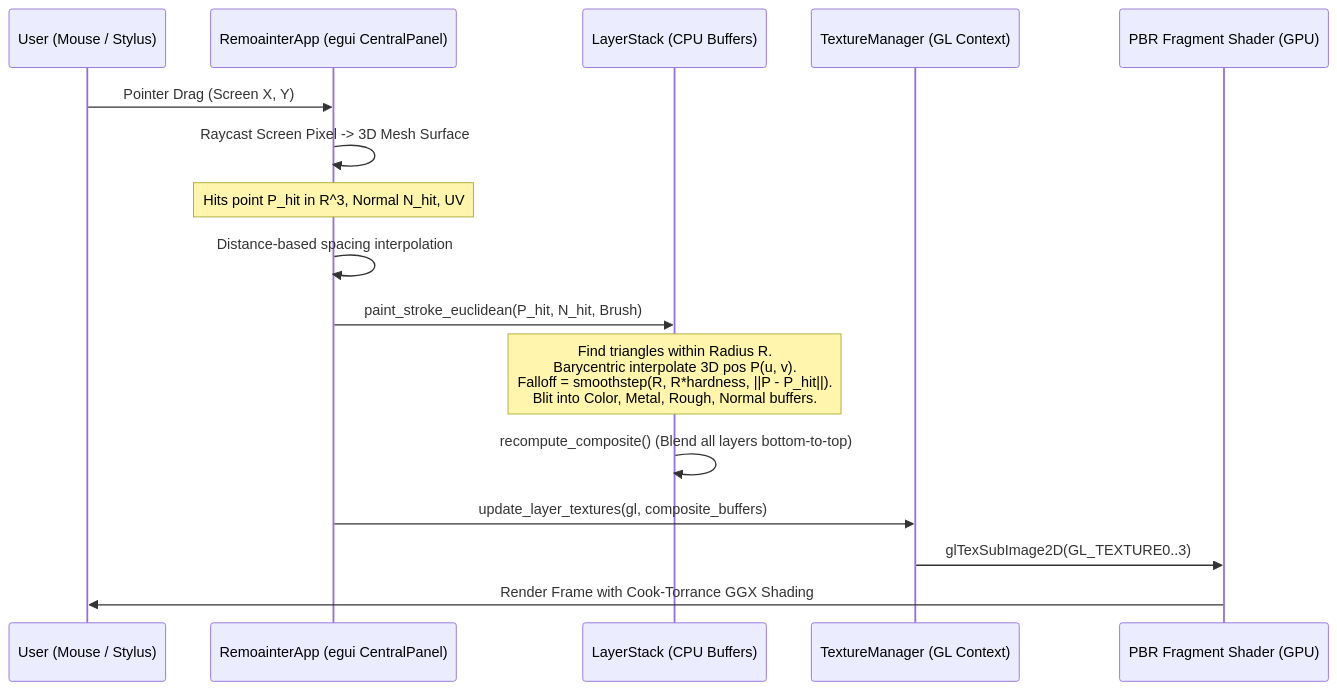
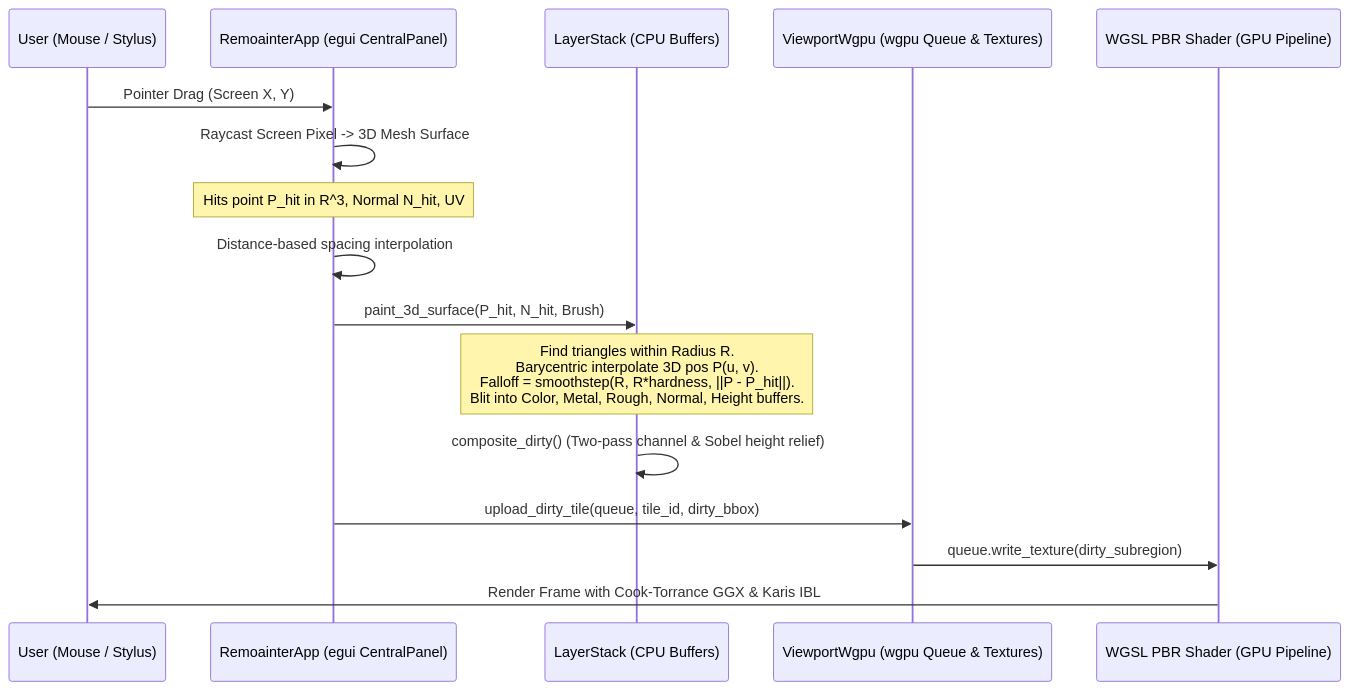
One commit to SAIRAMSSSS/REMoAINTER changed the second of 4 diagrams in docs/ARCHITECTURE.md. Above: the diagram before and after it, drawn with Mermaid. The commit also changed other lines of this file and 11 other files, not shown here.

````diff
--- a/docs/ARCHITECTURE.md
+++ b/docs/ARCHITECTURE.md
@@ -140,19 +140,19 @@
 ```mermaid
 sequenceDiagram
     participant User as User (Mouse / Stylus)
     participant App as RemoainterApp (egui CentralPanel)
     participant Layer as LayerStack (CPU Buffers)
-    participant TexMgr as TextureManager (GL Context)
-    participant Viewport as PBR Fragment Shader (GPU)
+    participant Viewport as ViewportWgpu (wgpu Queue & Textures)
+    participant GPU as WGSL PBR Shader (GPU Pipeline)
     
     User->>App: Pointer Drag (Screen X, Y)
     App->>App: Raycast Screen Pixel -> 3D Mesh Surface
     Note over App: Hits point P_hit in R^3, Normal N_hit, UV
     App->>App: Distance-based spacing interpolation
-    App->>Layer: paint_stroke_euclidean(P_hit, N_hit, Brush)
-    Note over Layer: Find triangles within Radius R.<br/>Barycentric interpolate 3D pos P(u, v).<br/>Falloff = smoothstep(R, R*hardness, ||P - P_hit||).<br/>Blit into Color, Metal, Rough, Normal buffers.
-    Layer->>Layer: recompute_composite() (Blend all layers bottom-to-top)
-    App->>TexMgr: update_layer_textures(gl, composite_buffers)
-    TexMgr->>Viewport: glTexSubImage2D(GL_TEXTURE0..3)
-    Viewport->>User: Render Frame with Cook-Torrance GGX Shading
+    App->>Layer: paint_3d_surface(P_hit, N_hit, Brush)
+    Note over Layer: Find triangles within Radius R.<br/>Barycentric interpolate 3D pos P(u, v).<br/>Falloff = smoothstep(R, R*hardness, ||P - P_hit||).<br/>Blit into Color, Metal, Rough, Normal, Height buffers.
+    Layer->>Layer: composite_dirty() (Two-pass channel & Sobel height relief)
+    App->>Viewport: upload_dirty_tile(queue, tile_id, dirty_bbox)
+    Viewport->>GPU: queue.write_texture(dirty_subregion)
+    GPU->>User: Render Frame with Cook-Torrance GGX & Karis IBL
 ```
````
